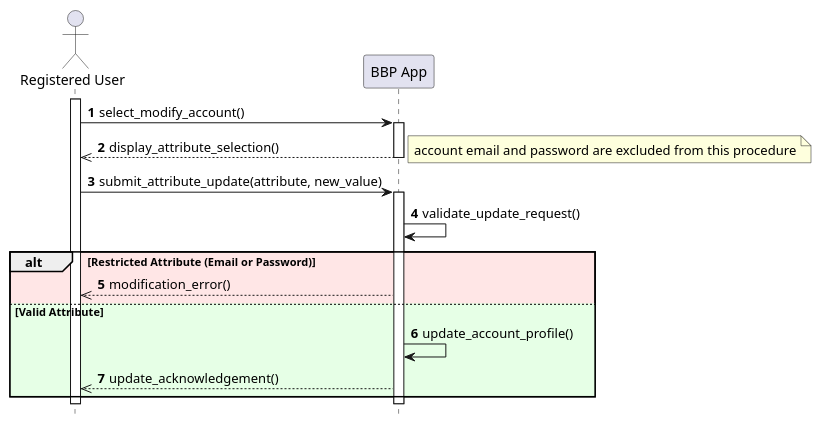
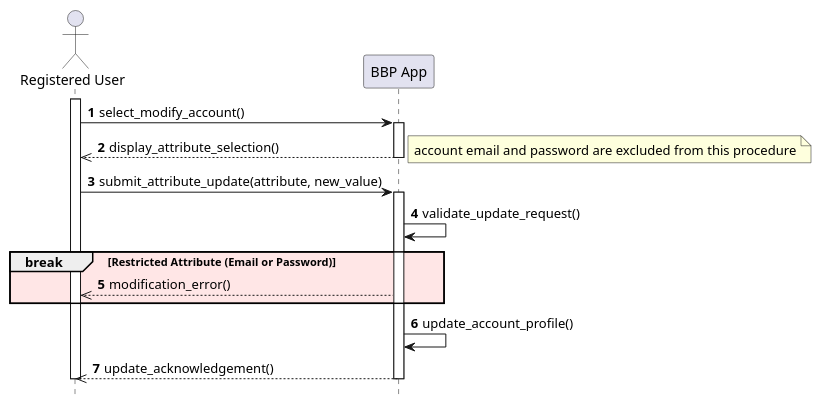
Before and after one commit to Guflie/PoliMi-SWE2-RDD-project: the diagram in diagrams/RASD/sequence diagram/UC3_sequence_diagram.puml, drawn with PlantUML. The commit also changed 19 other files, not shown here.

```diff
--- a/diagrams/RASD/sequence diagram/UC3_sequence_diagram.puml
+++ b/diagrams/RASD/sequence diagram/UC3_sequence_diagram.puml
@@ -1,35 +1,33 @@
 @startuml uc3_sequence_diagram
 hide footbox
 
 actor "Registered User" as User
 participant "BBP App" as App
 
 autonumber
 
 activate User
 
 User -> App : select_modify_account()
 activate App
 App -->> User : display_attribute_selection()
 note right: account email and password are excluded from this procedure
 deactivate App
 
 User -> App : submit_attribute_update(attribute, new_value)
 
 activate App
 App -> App : validate_update_request()
 
 
-alt #ffe6e6 Restricted Attribute (Email or Password)
+break #ffe6e6 Restricted Attribute (Email or Password)
     ' Exception 1: User tries to modify restricted fields
     App -->> User : modification_error()
-
-else #e6ffe6 Valid Attribute
-    ' Success Flow
-    App -> App : update_account_profile()
-    App -->> User : update_acknowledgement()
 end
+' Success Flow
+App -> App : update_account_profile()
+App -->> User : update_acknowledgement()
 
 deactivate App
 deactivate User
 @enduml
```
